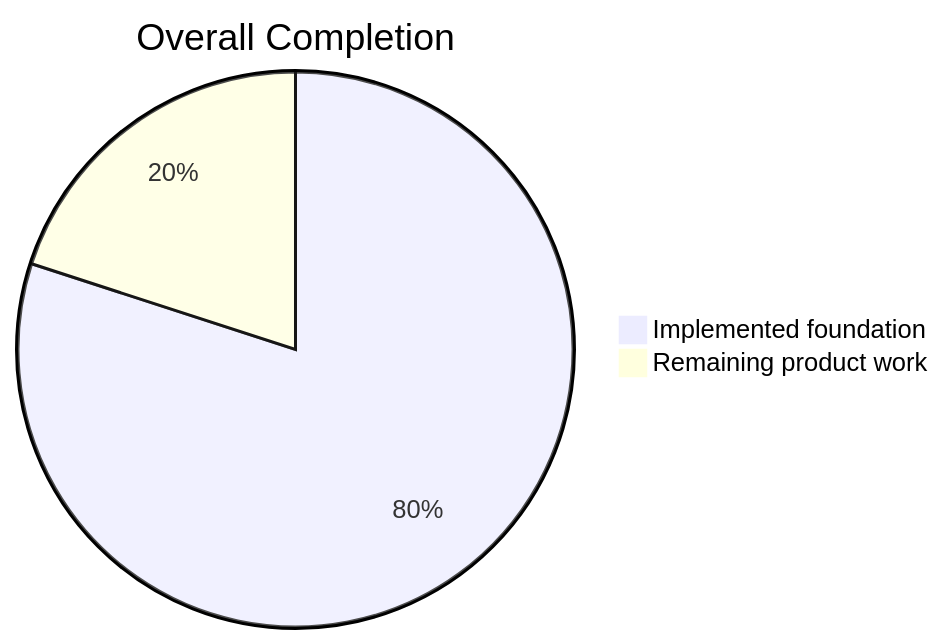
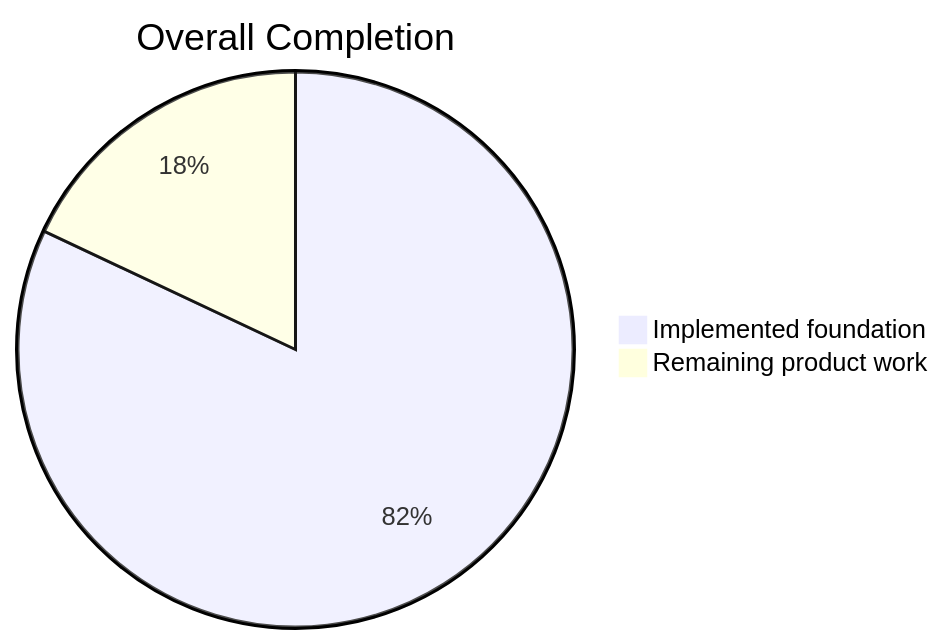
Before and after one commit to lingmulongtai/GlyphRay: the first of 5 diagrams in README.md, drawn with Mermaid. The commit also changed other lines of this file and 20 other files, not shown here.

````diff
--- a/README.md
+++ b/README.md
@@ -15,5 +15,5 @@
 ```mermaid
 pie title Overall Completion
-  "Implemented foundation" : 80
-  "Remaining product work" : 20
+  "Implemented foundation" : 82
+  "Remaining product work" : 18
 ```
````
